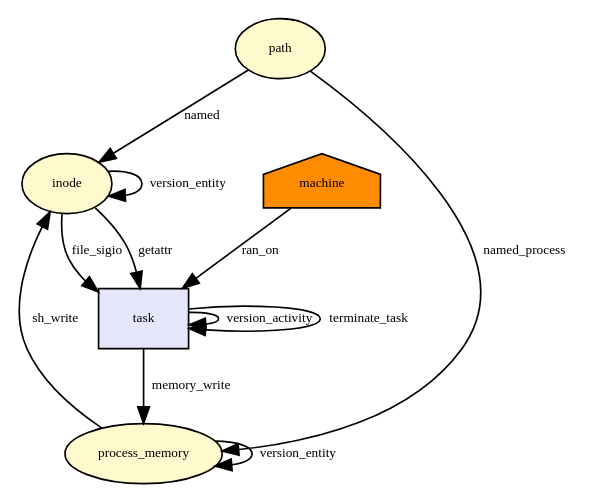
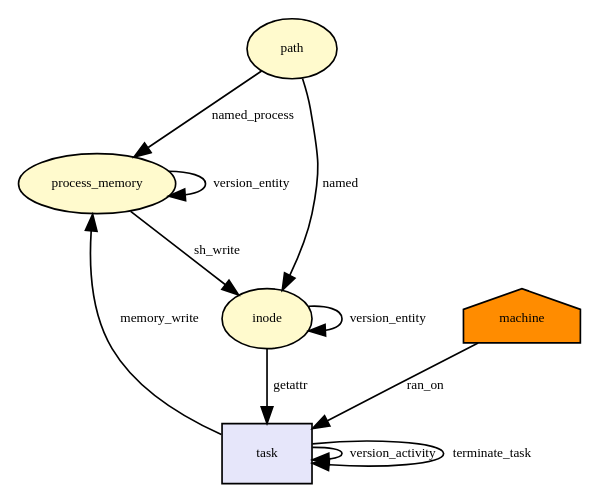
Before and after one commit to CamFlow/camflow-dev: the diagram in docs/dot/__x64_sys_fstat.dot, drawn with Graphviz. The commit also changed 90 other files, not shown here.

```diff
--- a/docs/dot/__x64_sys_fstat.dot
+++ b/docs/dot/__x64_sys_fstat.dot
@@ -1,33 +1,31 @@
-digraph RGL__DirectedAdjacencyGraph {inode[fontsize = 8,label = inode,shape = ellipse, fillcolor="#fffacd", style = filled]
+digraph RGL__DirectedAdjacencyGraph {path[fontsize = 8,label = path,shape = ellipse, fillcolor="#fffacd", style = filled]
+
+process_memory[fontsize = 8,label = process_memory,shape = ellipse, fillcolor="#fffacd", style = filled]
+
+path -> process_memory[fontsize = 8,label = named_process]
+
+machine[fontsize = 8,label = machine,shape = house, fillcolor="#ff8c00", style = filled]
 
 task[fontsize = 8,label = task,shape = rectangle, fillcolor="#e6e6fa", style = filled]
 
-inode -> task[fontsize = 8,label = file_sigio]
+machine -> task[fontsize = 8,label = ran_on]
 
-process_memory[fontsize = 8,label = process_memory,shape = ellipse, fillcolor="#fffacd", style = filled]
+inode[fontsize = 8,label = inode,shape = ellipse, fillcolor="#fffacd", style = filled]
+
+path -> inode[fontsize = 8,label = named]
+
+inode -> task[fontsize = 8,label = getattr]
 
 task -> process_memory[fontsize = 8,label = memory_write]
 
 task -> task[fontsize = 8,label = version_activity]
 
 process_memory -> process_memory[fontsize = 8,label = version_entity]
 
 process_memory -> inode[fontsize = 8,label = sh_write]
 
 inode -> inode[fontsize = 8,label = version_entity]
 
-path[fontsize = 8,label = path,shape = ellipse, fillcolor="#fffacd", style = filled]
-
-path -> process_memory[fontsize = 8,label = named_process]
-
-machine[fontsize = 8,label = machine,shape = house, fillcolor="#ff8c00", style = filled]
-
-machine -> task[fontsize = 8,label = ran_on]
-
-path -> inode[fontsize = 8,label = named]
-
-inode -> task[fontsize = 8,label = getattr]
-
 task -> task[fontsize = 8,label = terminate_task]
 
 }
```
